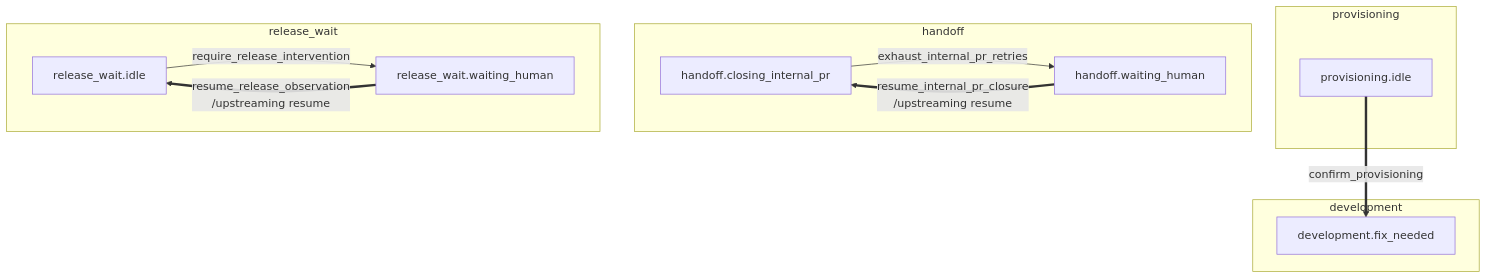
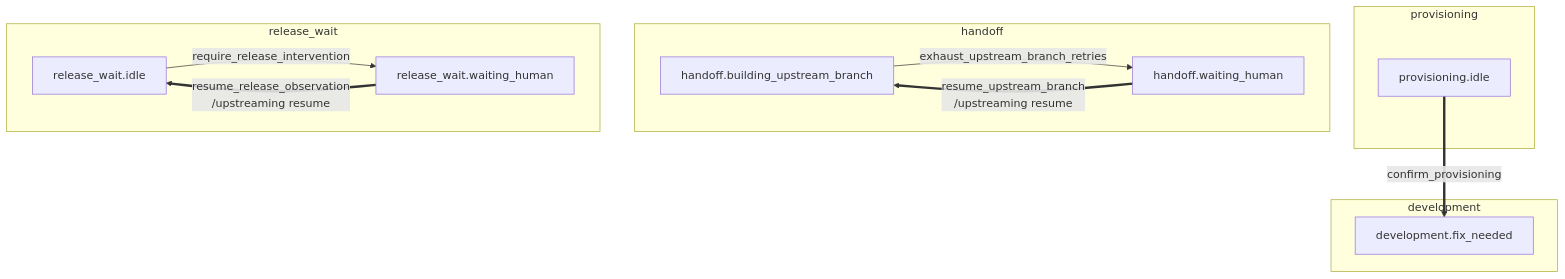
Diagram 22 of 60 in docs/state-machine/decisions.md (riseproject-dev/porting-agent), drawn with Mermaid before and after one commit. The commit also changed other lines of this file and 55 other files, not shown here.

````diff
--- a/docs/state-machine/decisions.md
+++ b/docs/state-machine/decisions.md
@@ -529,23 +529,23 @@
 ```mermaid
 flowchart TB
     subgraph provisioning["provisioning"]
         provisioning_idle["provisioning.idle"]
     end
     subgraph development["development"]
         development_fix_needed["development.fix_needed"]
     end
     subgraph handoff["handoff"]
-        handoff_closing_internal_pr["handoff.closing_internal_pr"]
+        handoff_building_upstream_branch["handoff.building_upstream_branch"]
         handoff_waiting_human["handoff.waiting_human"]
     end
     subgraph release_wait["release_wait"]
         release_wait_idle["release_wait.idle"]
         release_wait_waiting_human["release_wait.waiting_human"]
     end
 
     provisioning_idle ==>|confirm_provisioning| development_fix_needed
-    handoff_closing_internal_pr -->|exhaust_internal_pr_retries| handoff_waiting_human
-    handoff_waiting_human ==>|resume_internal_pr_closure<br/>/upstreaming resume| handoff_closing_internal_pr
+    handoff_building_upstream_branch -->|exhaust_upstream_branch_retries| handoff_waiting_human
+    handoff_waiting_human ==>|resume_upstream_branch<br/>/upstreaming resume| handoff_building_upstream_branch
     release_wait_idle -->|require_release_intervention| release_wait_waiting_human
     release_wait_waiting_human ==>|resume_release_observation<br/>/upstreaming resume| release_wait_idle
 ```
````
